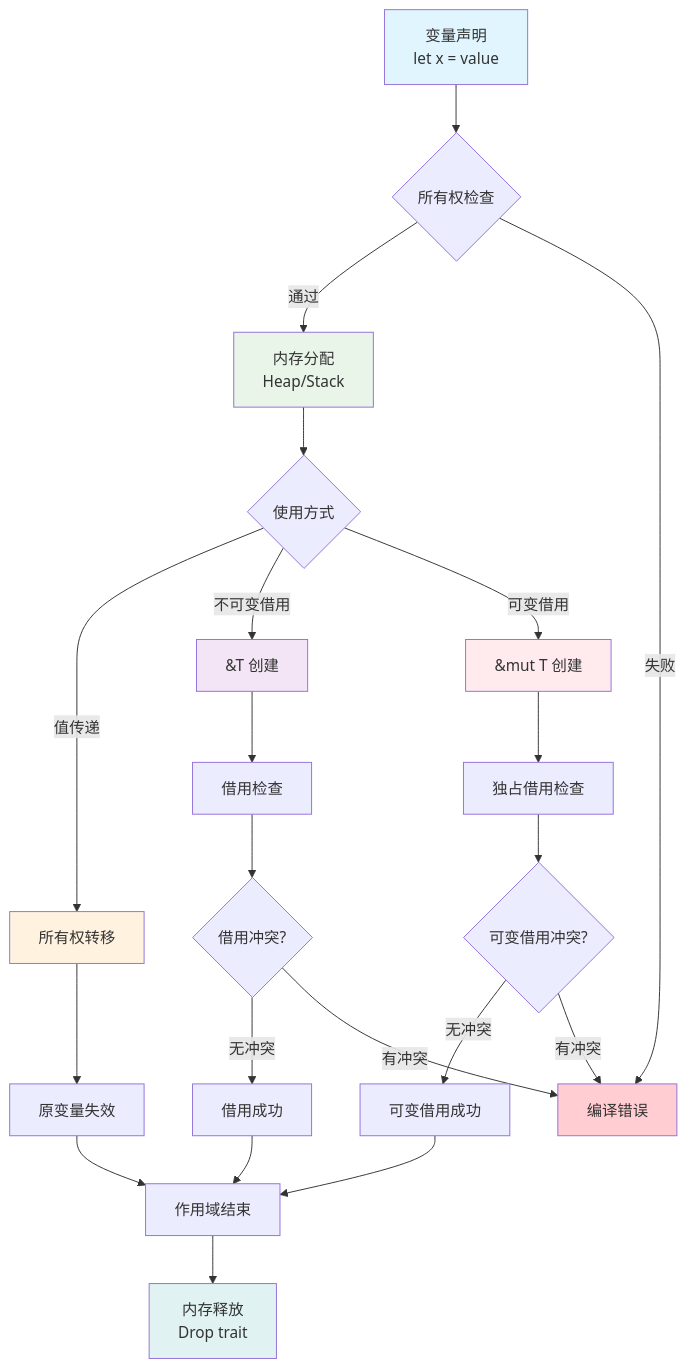
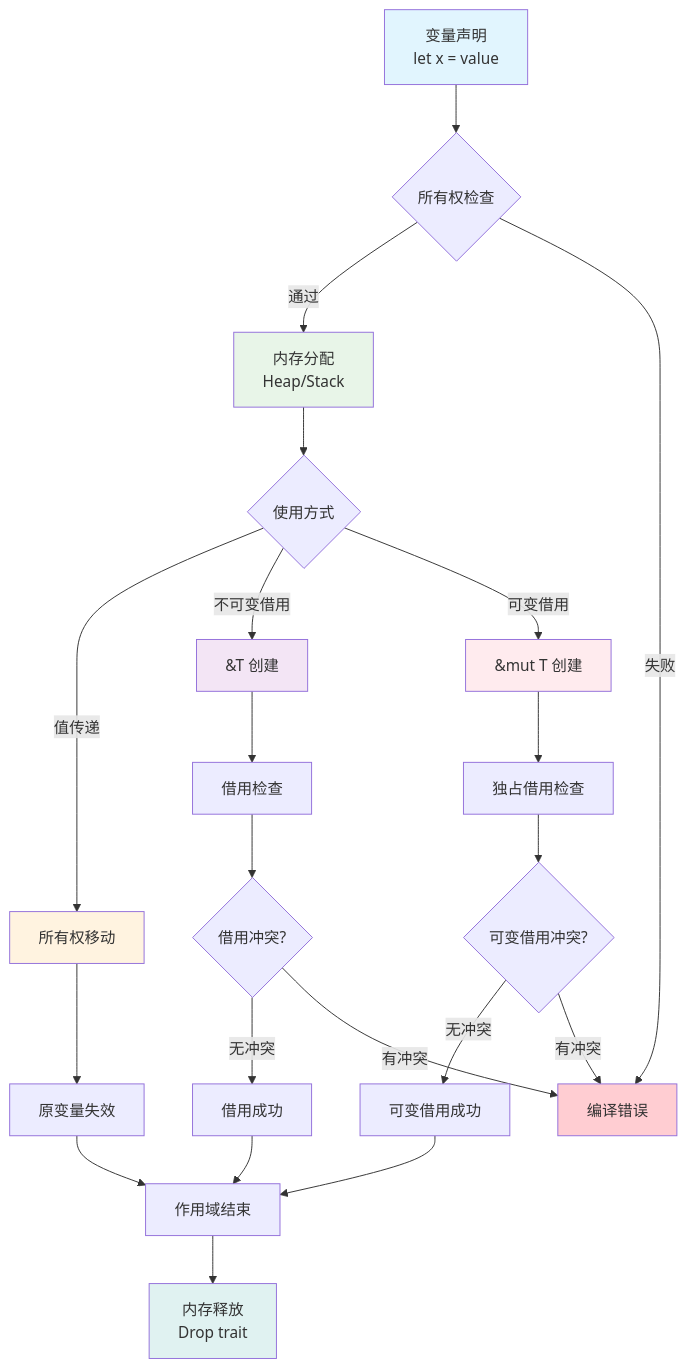
Before and after one commit to martin-ly/rust-lang: the first of 3 diagrams in formal_rust/refactor/01_core_theory/01_variable_system/01_execution_flow.md, drawn with Mermaid. The commit also changed other lines of this file and 5740 other files, not shown here.

````diff
--- a/formal_rust/refactor/01_core_theory/01_variable_system/01_execution_flow.md
+++ b/formal_rust/refactor/01_core_theory/01_variable_system/01_execution_flow.md
@@ -190,36 +190,36 @@
 ```mermaid
 graph TD
     A[变量声明<br/>let x = value] --> B{所有权检查}
     B -->|通过| C[内存分配<br/>Heap/Stack]
     B -->|失败| X[编译错误]
     
     C --> D{使用方式}
-    D -->|值传递| E[所有权转移]
+    D -->|值传递| E[所有权移动]
     D -->|不可变借用| F[&T 创建]
     D -->|可变借用| G[&mut T 创建]
     
     E --> H[原变量失效]
     F --> I[借用检查]
     G --> J[独占借用检查]
     
     I --> K{借用冲突?}
     J --> L{可变借用冲突?}
     
     K -->|无冲突| M[借用成功]
     K -->|有冲突| X
     L -->|无冲突| N[可变借用成功]
     L -->|有冲突| X
     
     H --> O[作用域结束]
     M --> O
     N --> O
     O --> P[内存释放<br/>Drop trait]
     
     style A fill:#e1f5fe
     style C fill:#e8f5e8
     style E fill:#fff3e0
     style F fill:#f3e5f5
     style G fill:#ffebee
     style P fill:#e0f2f1
     style X fill:#ffcdd2
 ```
````
